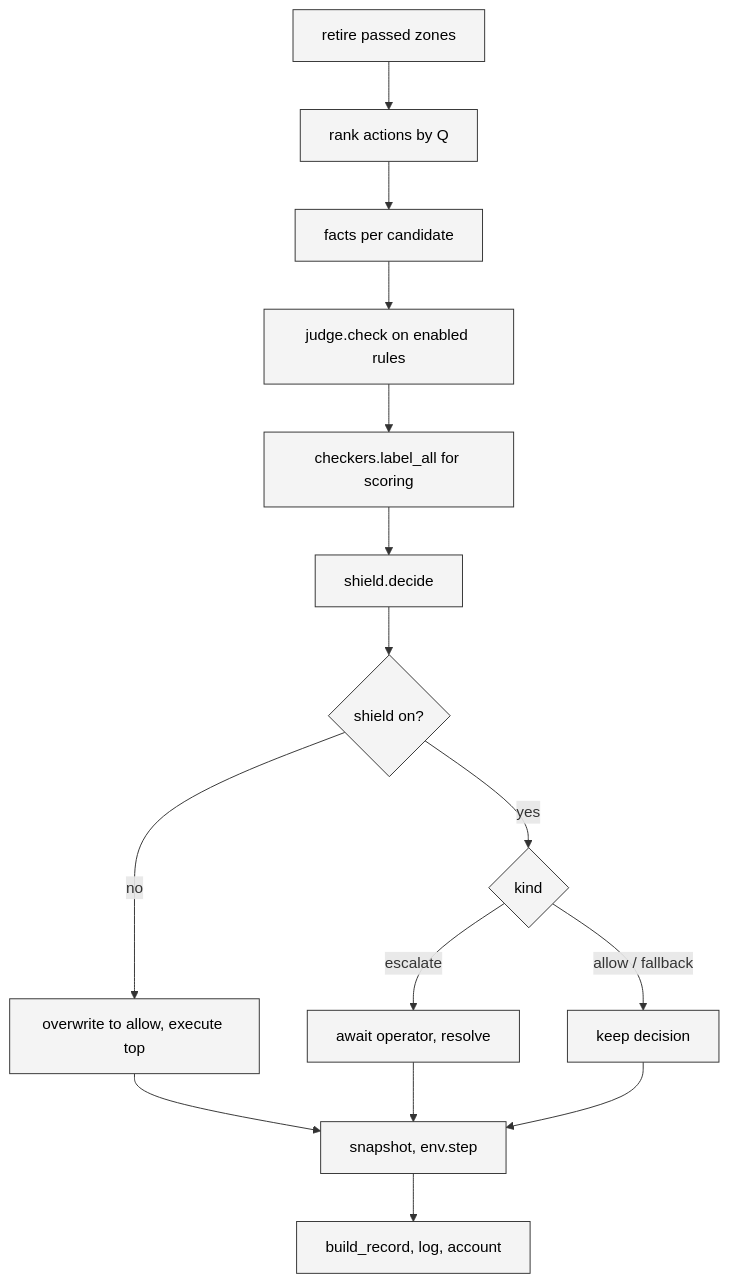
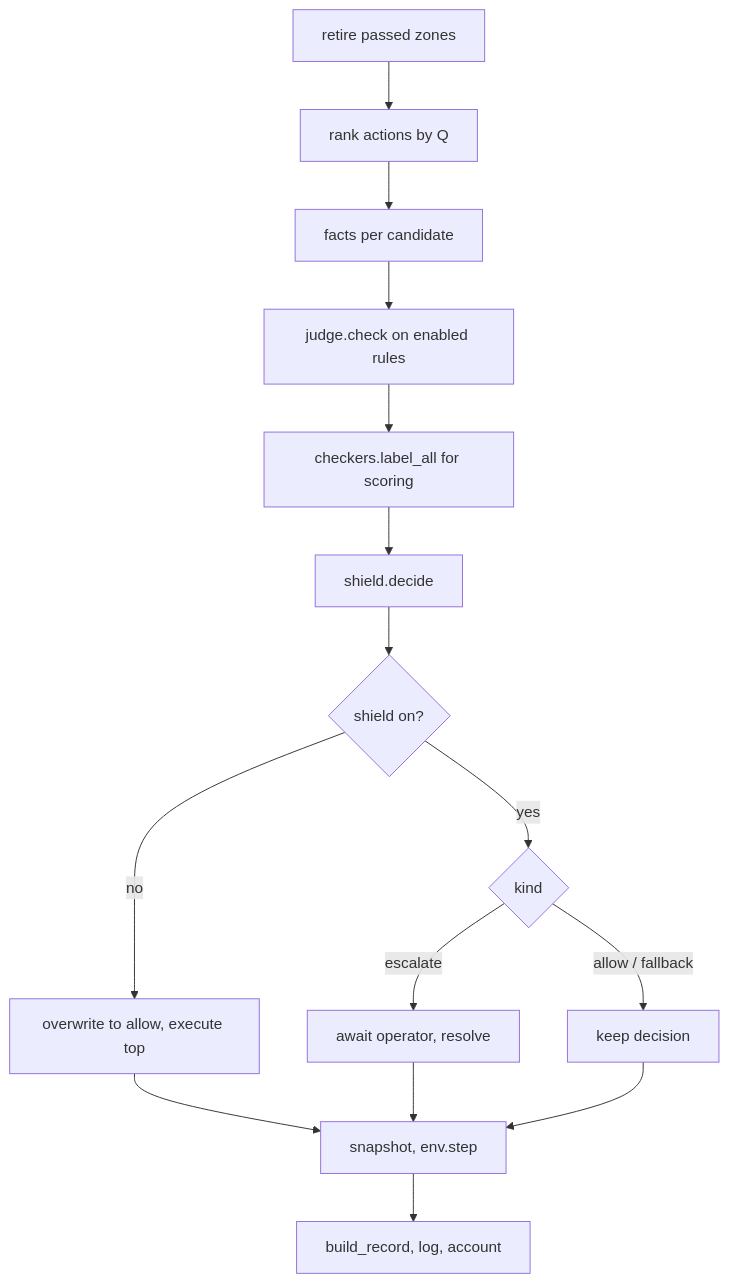
Before and after one commit to sequenzia/Interlock: the diagram in docs/developer-guide/backend/episode-loop.md, drawn with Mermaid. The commit also changed 8 other files, not shown here.

First line of the commit message:
docs(site): make Mermaid diagrams readable in dark mode

````diff
--- a/docs/developer-guide/backend/episode-loop.md
+++ b/docs/developer-guide/backend/episode-loop.md
@@ -101,18 +101,17 @@
 ```mermaid
 flowchart TD
   A[retire passed zones] --> B[rank actions by Q]
   B --> C[facts per candidate]
   C --> D[judge.check on enabled rules]
   D --> E[checkers.label_all for scoring]
   E --> F[shield.decide]
   F --> G{shield on?}
   G -- no --> H[overwrite to allow, execute top]
   G -- yes --> I{kind}
   I -- escalate --> J[await operator, resolve]
   I -- allow / fallback --> K[keep decision]
   H --> L[snapshot, env.step]
   J --> L
   K --> L
   L --> M[build_record, log, account]
-  classDef default fill:#f4f4f4,stroke:#333,color:#000;
 ```
````
